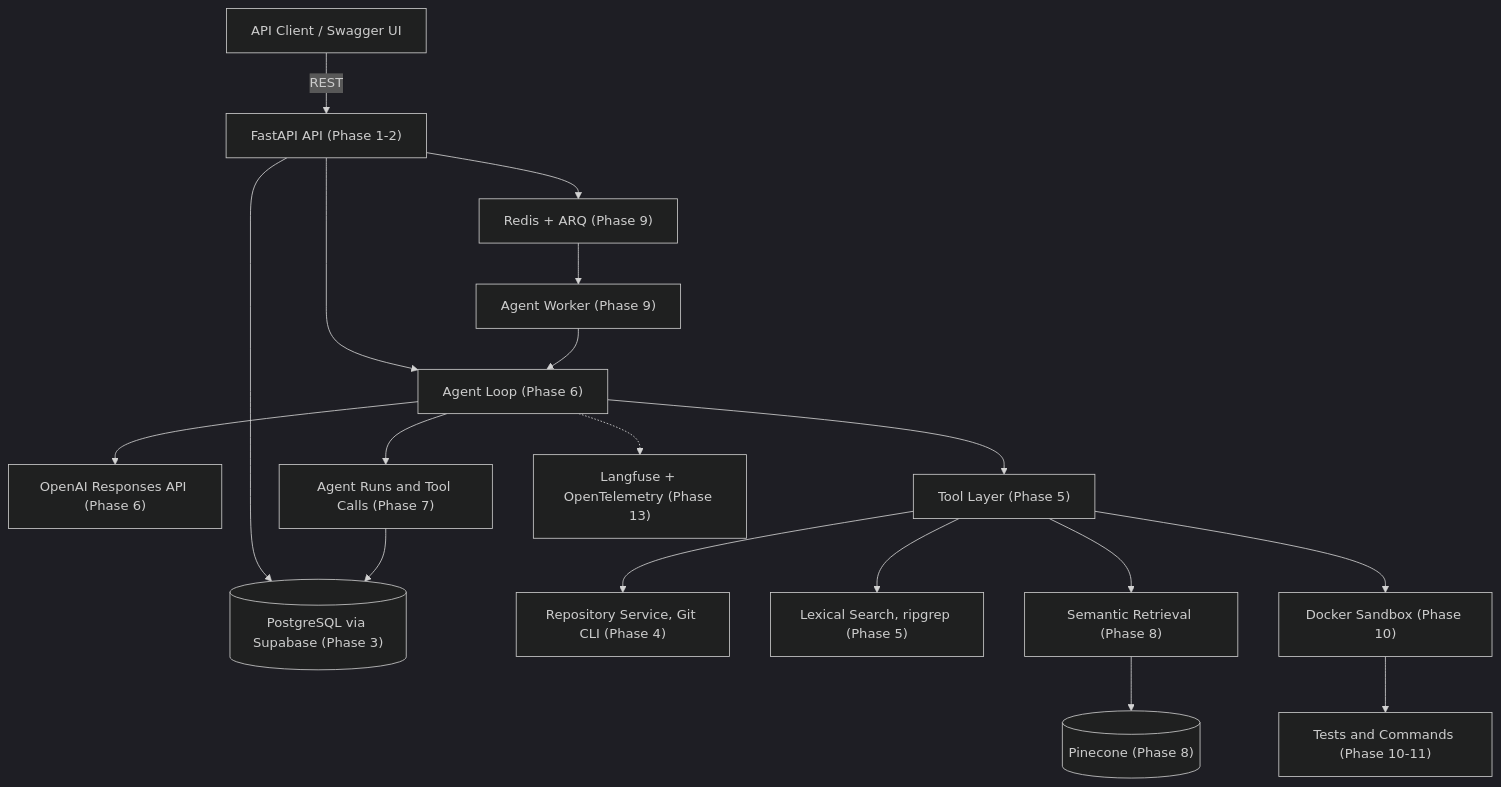
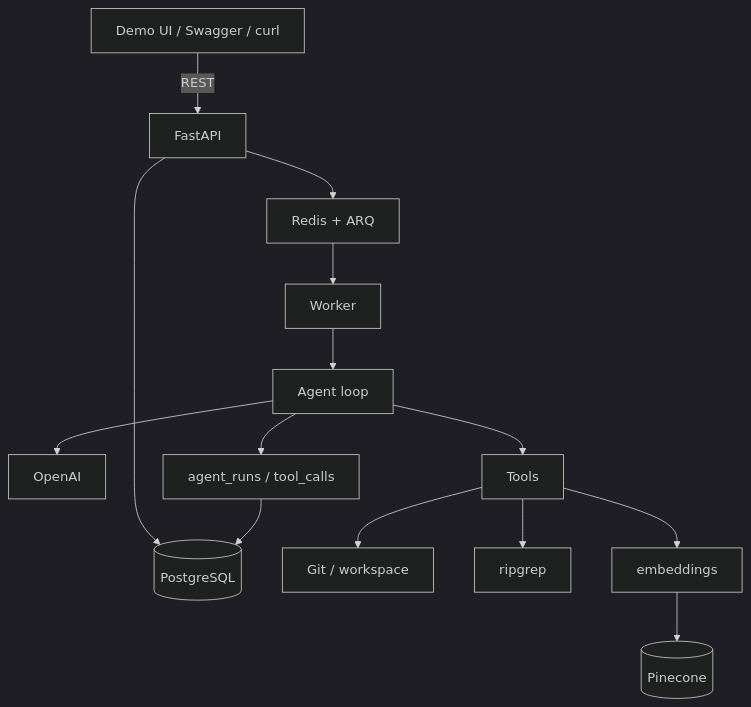
Before and after one commit to eli22443/ai-agent-platform: the first of 3 diagrams in docs/architecture.md, drawn with Mermaid (dark theme). The commit also changed other lines of this file and 17 other files, not shown here.

````diff
--- a/docs/architecture.md
+++ b/docs/architecture.md
@@ -23,20 +9,16 @@
 ```mermaid
 flowchart TD
-    Client["API Client / Swagger UI"] -->|REST| API["FastAPI API (Phase 1-2)"]
-    API --> DB[("PostgreSQL via Supabase (Phase 3)")]
-    API --> Queue["Redis + ARQ (Phase 9)"]
-    Queue --> Worker["Agent Worker (Phase 9)"]
-    API --> Agent["Agent Loop (Phase 6)"]
-    Worker --> Agent
-    Agent --> OpenAI["OpenAI Responses API (Phase 6)"]
-    Agent --> Tools["Tool Layer (Phase 5)"]
-    Tools --> RepoSvc["Repository Service, Git CLI (Phase 4)"]
-    Tools --> Lexical["Lexical Search, ripgrep (Phase 5)"]
-    Tools --> Semantic["Semantic Retrieval (Phase 8)"]
-    Tools --> Sandbox["Docker Sandbox (Phase 10)"]
-    Semantic --> Pinecone[("Pinecone (Phase 8)")]
-    Sandbox --> Exec["Tests and Commands (Phase 10-11)"]
-    Agent --> Runs["Agent Runs and Tool Calls (Phase 7)"]
+    Client["Demo UI / Swagger / curl"] -->|REST| API["FastAPI"]
+    API --> DB[("PostgreSQL")]
+    API --> Queue["Redis + ARQ"]
+    Queue --> Worker["Worker"]
+    Worker --> Agent["Agent loop"]
+    Agent --> OpenAI["OpenAI"]
+    Agent --> Tools["Tools"]
+    Tools --> RepoSvc["Git / workspace"]
+    Tools --> Lexical["ripgrep"]
+    Tools --> Semantic["embeddings"]
+    Semantic --> Pinecone[("Pinecone")]
+    Agent --> Runs["agent_runs / tool_calls"]
     Runs --> DB
-    Agent -.-> Obs["Langfuse + OpenTelemetry (Phase 13)"]
 ```
````
